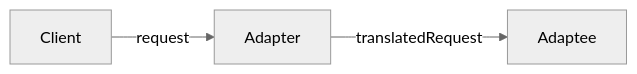
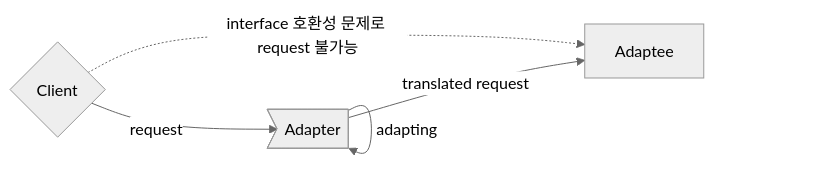
One commit to choesimin/choesimin.github.io changed the first of 3 diagrams in _drafts/adapter-pattern.md. Above: the diagram before and after it, drawn with Mermaid (neutral theme). The commit also changed other lines of this file, not shown here.

````diff
--- a/_drafts/adapter-pattern.md
+++ b/_drafts/adapter-pattern.md
@@ -40,10 +14,13 @@
 ```mermaid
 flowchart LR
 
-Client
-Adapter
-Adaptee
+client{Client}
+adapter>Adapter]
+adaptee[Adaptee]
 
-Client -->|request| Adapter
-Adapter -->|translatedRequest| Adaptee
+client -.->|interface 호환성 문제로 request 불가능| adaptee
+
+client -->|request| adapter
+adapter -->|adapting| adapter
+adapter -->|translated request| adaptee
 ```
````
